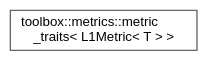
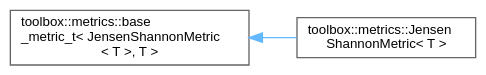
Before and after one commit to nerdneilsfield/cpp-toolbox: the diagram in inherit_graph_73.dot, drawn with Graphviz. The commit also changed 738 other files, not shown here.

```diff
--- a/inherit_graph_73.dot
+++ b/inherit_graph_73.dot
@@ -1,9 +1,11 @@
 digraph "Graphical Class Hierarchy"
 {
  // LATEX_PDF_SIZE
   bgcolor="transparent";
   edge [fontname=Helvetica,fontsize=10,labelfontname=Helvetica,labelfontsize=10];
   node [fontname=Helvetica,fontsize=10,shape=box,height=0.2,width=0.4];
   rankdir="LR";
-  Node0 [id="Node000000",label="toolbox::metrics::metric\l_traits\< L1Metric\< T \> \>",height=0.2,width=0.4,color="grey40", fillcolor="white", style="filled",URL="$structtoolbox_1_1metrics_1_1metric__traits_3_01_l1_metric_3_01_t_01_4_01_4.html",tooltip=" "];
+  Node0 [id="Node000000",label="toolbox::metrics::base\l_metric_t\< JensenShannonMetric\l\< T \>, T \>",height=0.2,width=0.4,color="grey40", fillcolor="white", style="filled",URL="$classtoolbox_1_1metrics_1_1base__metric__t.html",tooltip=" "];
+  Node0 -> Node1 [id="edge75_Node000000_Node000001",dir="back",color="steelblue1",style="solid",tooltip=" "];
+  Node1 [id="Node000001",label="toolbox::metrics::Jensen\lShannonMetric\< T \>",height=0.2,width=0.4,color="grey40", fillcolor="white", style="filled",URL="$classtoolbox_1_1metrics_1_1_jensen_shannon_metric.html",tooltip=" "];
 }
```
